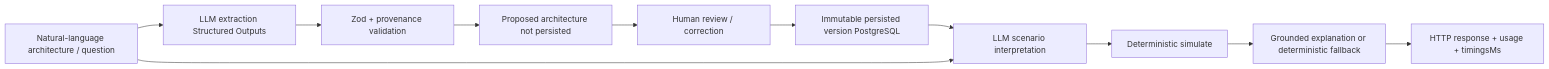
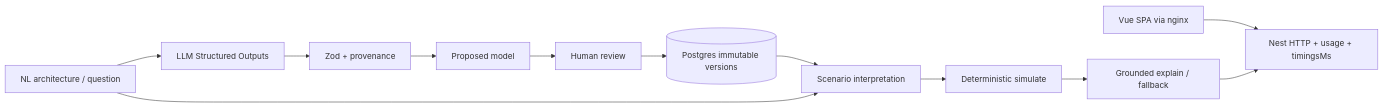
One commit to alexseixasv/architecture-reasoning-engine changed the diagram in README.md. Above: the diagram before and after it, drawn with Mermaid. The commit also changed other lines of this file and 58 other files, not shown here.

````diff
--- a/README.md
+++ b/README.md
@@ -25,17 +23,19 @@
 ```mermaid
 flowchart LR
-  NL[Natural-language architecture / question]
-  EXT[LLM extraction Structured Outputs]
-  ZOD[Zod + provenance validation]
-  PROP[Proposed architecture not persisted]
-  HUM[Human review / correction]
-  PERS[Immutable persisted version PostgreSQL]
-  SCEN[LLM scenario interpretation]
+  NL[NL architecture / question]
+  EXT[LLM Structured Outputs]
+  ZOD[Zod + provenance]
+  PROP[Proposed model]
+  HUM[Human review]
+  PERS[(Postgres immutable versions)]
+  SCEN[Scenario interpretation]
   SIM[Deterministic simulate]
-  EXP[Grounded explanation or deterministic fallback]
-  API[HTTP response + usage + timingsMs]
+  EXP[Grounded explain / fallback]
+  UI[Vue SPA via nginx]
+  API[Nest HTTP + usage + timingsMs]
 
+  UI --> API
   NL --> EXT --> ZOD --> PROP --> HUM --> PERS
   PERS --> SCEN --> SIM --> EXP --> API
   NL --> SCEN
 ```
````
